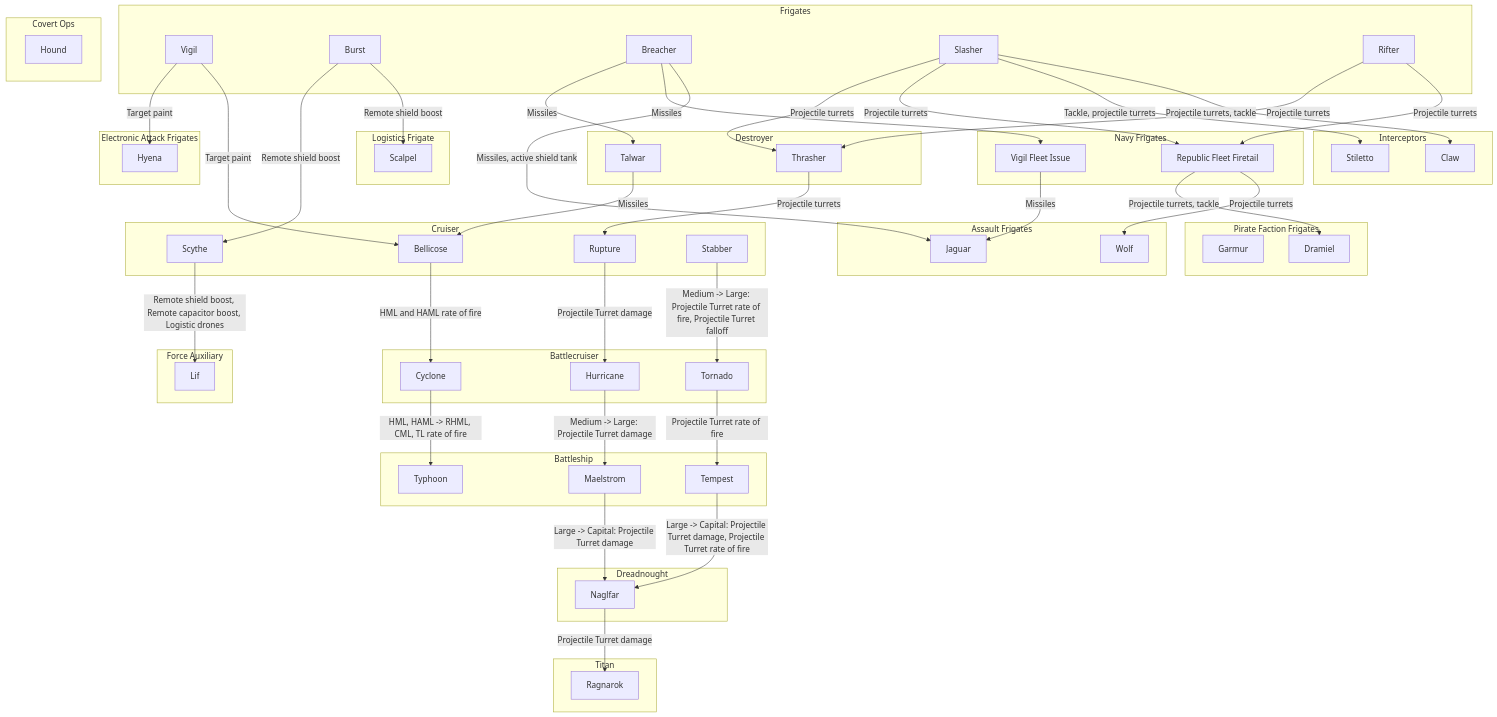
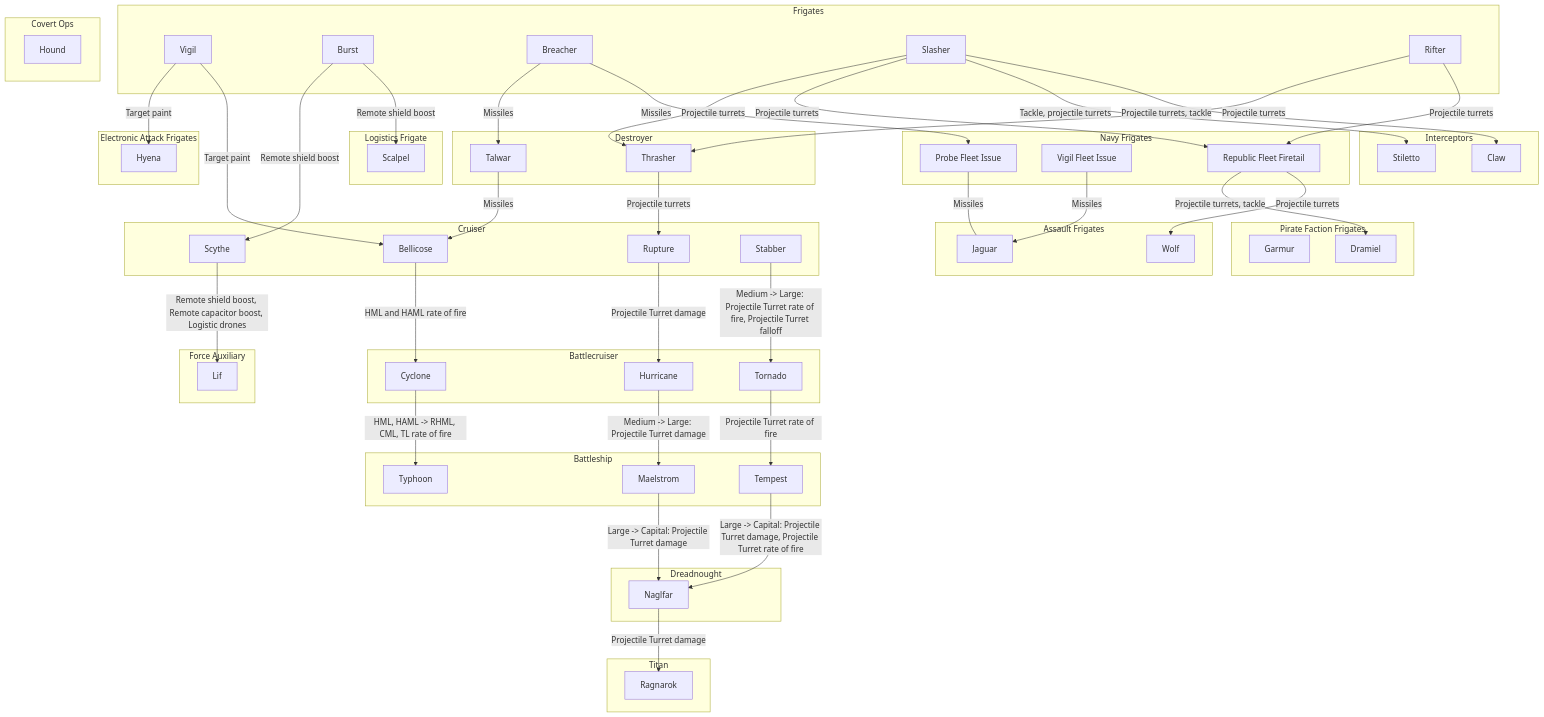
The diagram in README.md (Skybladev2/EveShipsProgression), drawn with Mermaid before and after one commit.

Commit message:
Update Breacher path

````diff
--- a/README.md
+++ b/README.md
@@ -62,6 +62,7 @@
 	end
 	n1 -->|"Projectile turrets"| n6
 	subgraph s10["Navy Frigates"]
+		n32["Probe Fleet Issue"]
 		n29["Vigil Fleet Issue"]
 		n22["Republic Fleet Firetail"]
 	end
@@ -88,7 +89,6 @@
 	subgraph s14["Covert Ops"]
 		n27["Hound"]
 	end
-	n10
 	n27
 	n17 -->|"Remote shield boost"| n20
 	subgraph s15["Electronic Attack Frigates"]
@@ -96,10 +96,11 @@
 	end
 	n21 -->|"Target paint"| n28
 	n21 -->|"Target paint"| n12
-	n10 -->|"Missiles"| n29
-	n10
+	n29
 	n30
 	n29 -->|"Missiles"| n30
-	n10 -->|"Missiles, active shield tank"| n30
+	n10
 	n31
+	n10 -->|"Missiles"| n32
+	n32 ---|"Missiles"| n30
 ```
````
